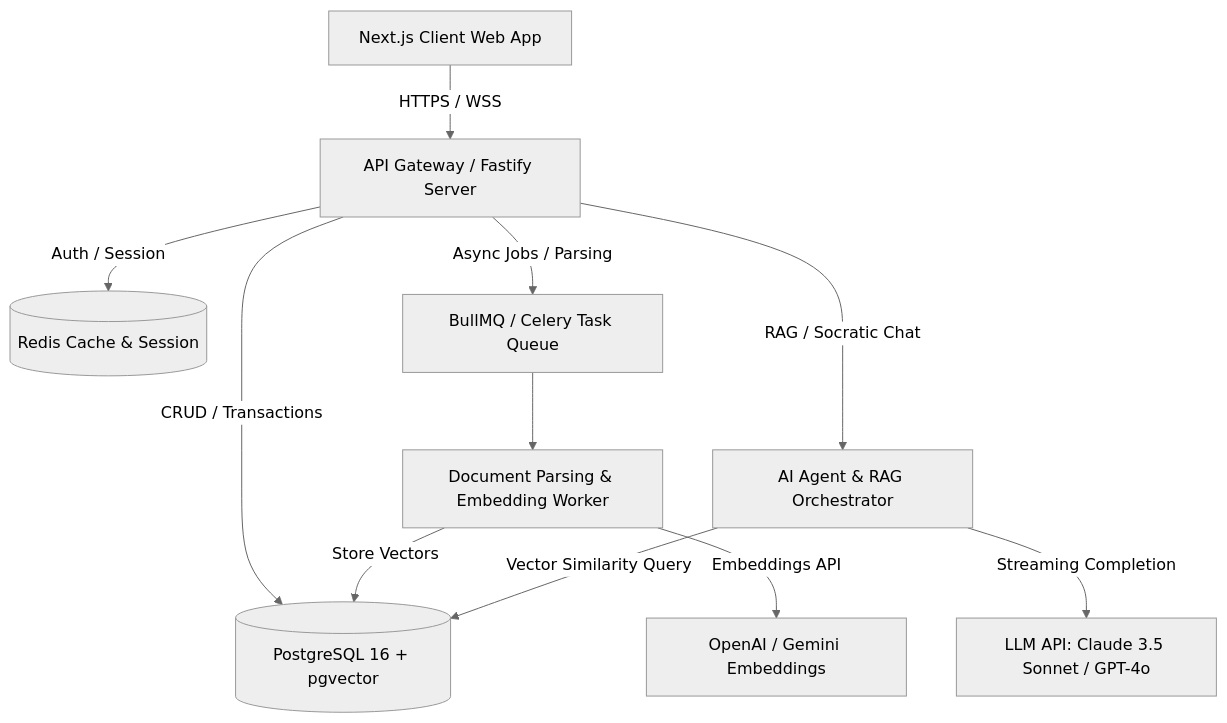
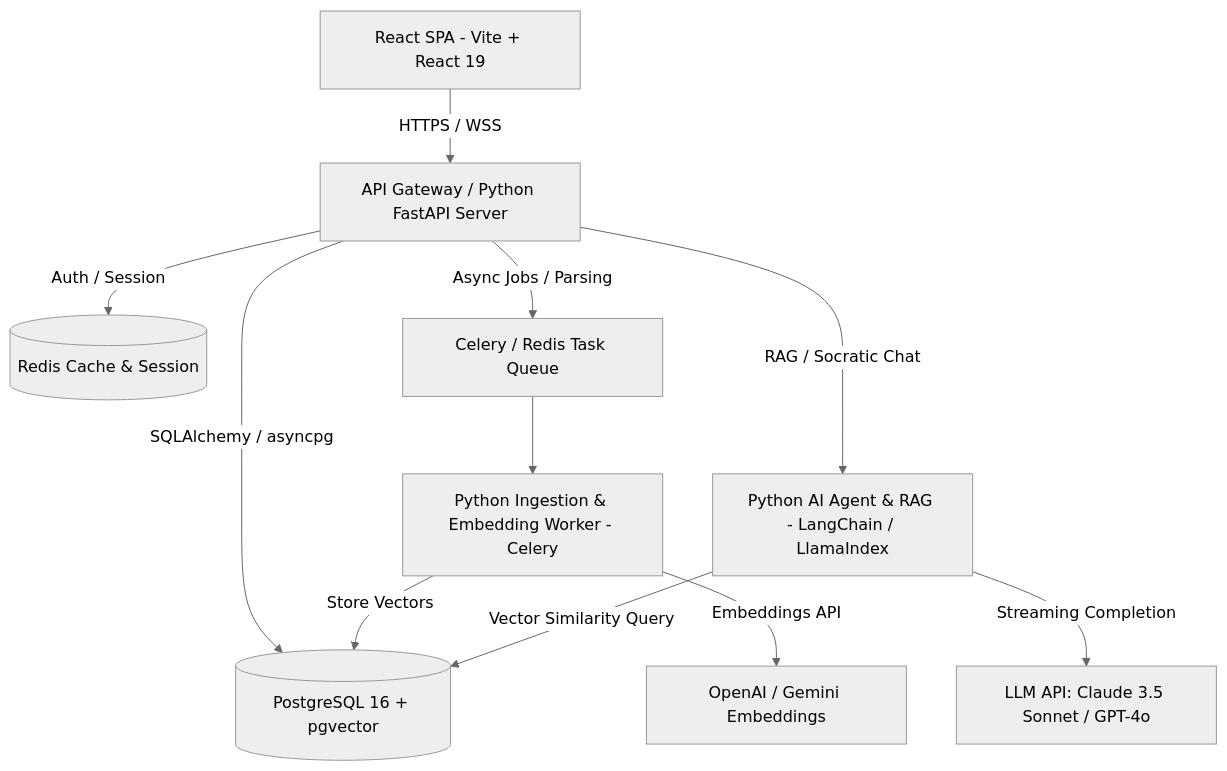
One commit to Techside-Pragyan/Pathfinder-ML changed the first of 2 diagrams in doc/TRD.md. Above: the diagram before and after it, drawn with Mermaid (neutral theme). The commit also changed other lines of this file, not shown here.

Commit message:
docs: create technical requirements document for AI Study Mentor project

````diff
--- a/doc/TRD.md
+++ b/doc/TRD.md
@@ -14,13 +14,13 @@
 ```mermaid
 graph TD
-    Client[Next.js Client Web App] -->|HTTPS / WSS| Gateway[API Gateway / Fastify Server]
+    Client[React SPA - Vite + React 19] -->|HTTPS / WSS| Gateway[API Gateway / Python FastAPI Server]
     Gateway -->|Auth / Session| Redis[(Redis Cache & Session)]
-    Gateway -->|CRUD / Transactions| DB[(PostgreSQL 16 + pgvector)]
-    Gateway -->|Async Jobs / Parsing| Queue[BullMQ / Celery Task Queue]
-    Queue --> Worker[Document Parsing & Embedding Worker]
+    Gateway -->|SQLAlchemy / asyncpg| DB[(PostgreSQL 16 + pgvector)]
+    Gateway -->|Async Jobs / Parsing| Queue[Celery / Redis Task Queue]
+    Queue --> Worker[Python Ingestion & Embedding Worker - Celery]
     Worker -->|Store Vectors| DB
     Worker -->|Embeddings API| EmbeddingAPI[OpenAI / Gemini Embeddings]
-    Gateway -->|RAG / Socratic Chat| AIOrchestrator[AI Agent & RAG Orchestrator]
+    Gateway -->|RAG / Socratic Chat| AIOrchestrator[Python AI Agent & RAG - LangChain / LlamaIndex]
     AIOrchestrator -->|Vector Similarity Query| DB
     AIOrchestrator -->|Streaming Completion| LLM[LLM API: Claude 3.5 Sonnet / GPT-4o]
 ```
````
